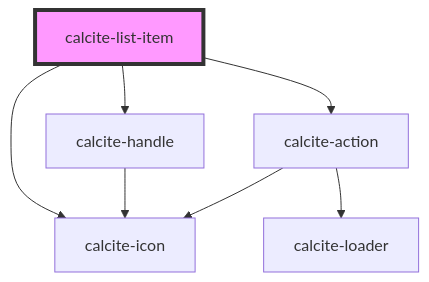
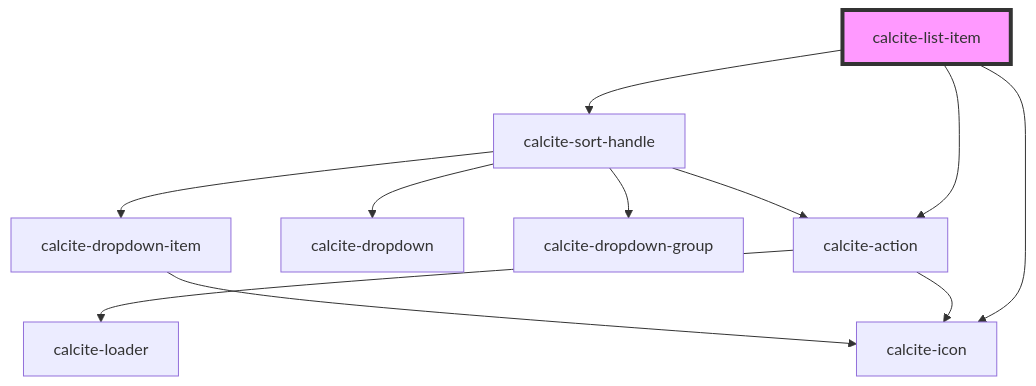
Before and after one commit to Esri/calcite-design-system: the diagram in packages/calcite-components/src/components/list-item/readme.md, drawn with Mermaid. The commit also changed other lines of this file and 25 other files, not shown here.

````diff
--- a/packages/calcite-components/src/components/list-item/readme.md
+++ b/packages/calcite-components/src/components/list-item/readme.md
@@ -66,10 +69,14 @@
 ```mermaid
 graph TD;
   calcite-list-item --> calcite-icon
-  calcite-list-item --> calcite-handle
+  calcite-list-item --> calcite-sort-handle
   calcite-list-item --> calcite-action
-  calcite-handle --> calcite-icon
+  calcite-sort-handle --> calcite-dropdown
+  calcite-sort-handle --> calcite-action
+  calcite-sort-handle --> calcite-dropdown-group
+  calcite-sort-handle --> calcite-dropdown-item
   calcite-action --> calcite-loader
   calcite-action --> calcite-icon
+  calcite-dropdown-item --> calcite-icon
   style calcite-list-item fill:#f9f,stroke:#333,stroke-width:4px
 ```
````
